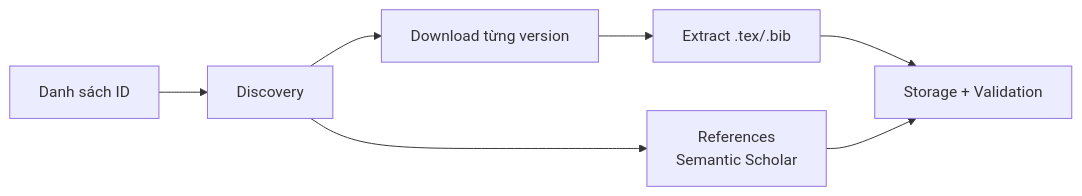
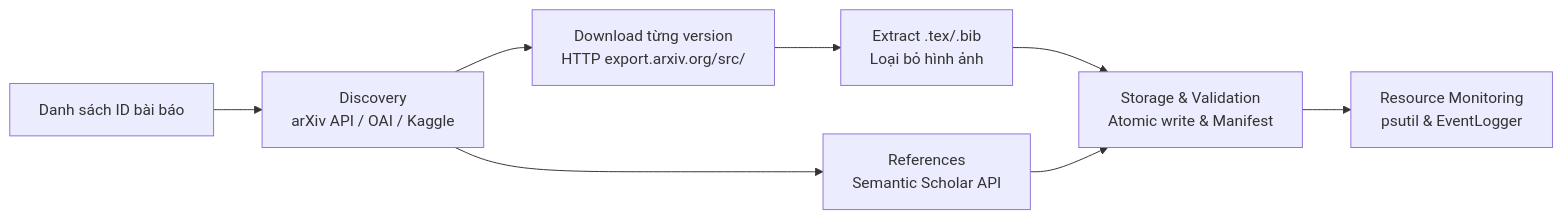
One commit to rabbitvn66/intro2DS-book changed the diagram in book/m1/index.md. Above: the diagram before and after it, drawn with Mermaid. The commit also changed other lines of this file and 5 other files, not shown here.

Commit message:
docs(m1): complete baseline B, discovery, download and index pages

````diff
--- a/book/m1/index.md
+++ b/book/m1/index.md
@@ -23,9 +32,10 @@
 ```{mermaid}
 flowchart LR
-  A[Danh sách ID] --> B[Discovery]
-  B --> C[Download từng version]
-  C --> D[Extract .tex/.bib]
-  B --> E[References<br/>Semantic Scholar]
-  D --> F[Storage + Validation]
+  A[Danh sách ID bài báo] --> B[Discovery<br/>arXiv API / OAI / Kaggle]
+  B --> C[Download từng version<br/>HTTP export.arxiv.org/src/]
+  C --> D[Extract .tex/.bib<br/>Loại bỏ hình ảnh]
+  B --> E[References<br/>Semantic Scholar API]
+  D --> F[Storage & Validation<br/>Atomic write & Manifest]
   E --> F
+  F --> G[Resource Monitoring<br/>psutil & EventLogger]
 ```
````
